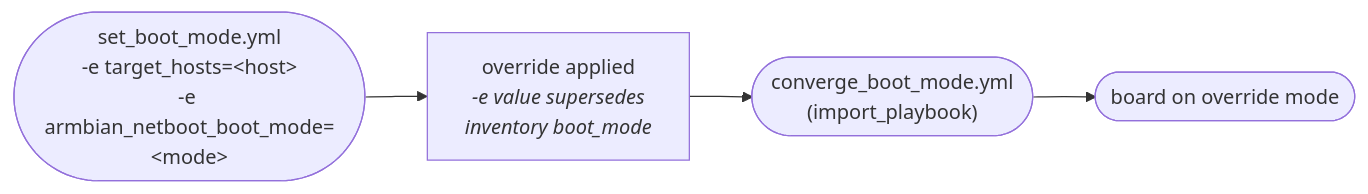
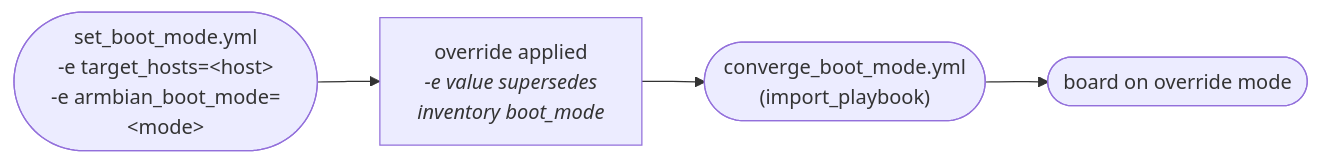
The fourth of 6 diagrams in README.md (david-igou/ansible-collection-armbian), drawn with Mermaid before and after one commit. The commit also changed other lines of this file and 128 other files, not shown here.

First line of the commit message:
refactor!: rename collection from armbian_netboot to armbian (#106)

````diff
--- a/README.md
+++ b/README.md
@@ -531,9 +531,9 @@
 ```mermaid
 flowchart LR
-    START(["set_boot_mode.yml<br/>-e target_hosts=&lt;host&gt;<br/>-e armbian_netboot_boot_mode=&lt;mode&gt;"])
+    START(["set_boot_mode.yml<br/>-e target_hosts=&lt;host&gt;<br/>-e armbian_boot_mode=&lt;mode&gt;"])
     OVR["override applied<br/><i>-e value supersedes<br/>inventory boot_mode</i>"]
     CBM(["converge_boot_mode.yml<br/>(import_playbook)"])
     END(["board on override mode"])
 
     START --> OVR --> CBM --> END
 ```
````
